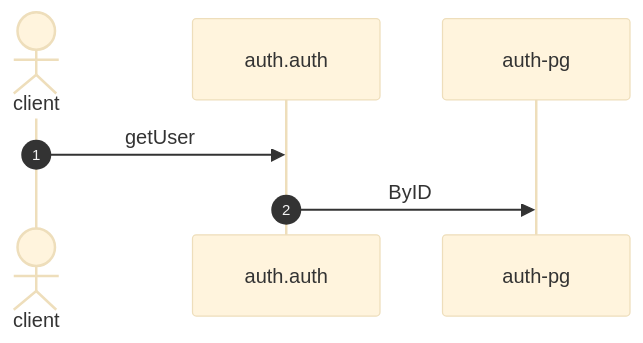
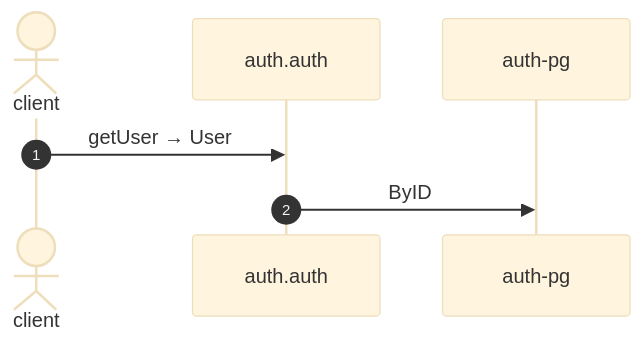
Before and after one commit to shortlink-org/portolan: the diagram in docs/flows/auth-get-user.md, drawn with Mermaid (base theme). The commit also changed other lines of this file and 87 other files, not shown here.

````diff
--- a/docs/flows/auth-get-user.md
+++ b/docs/flows/auth-get-user.md
@@ -21,9 +21,9 @@
 ```mermaid
 sequenceDiagram
     autonumber
     actor p0 as client
     participant p1 as auth.auth
     participant p2 as auth-pg
-    p0->>p1: getUser
+    p0->>p1: getUser → User
     p1->>p2: ByID
 ```
````
